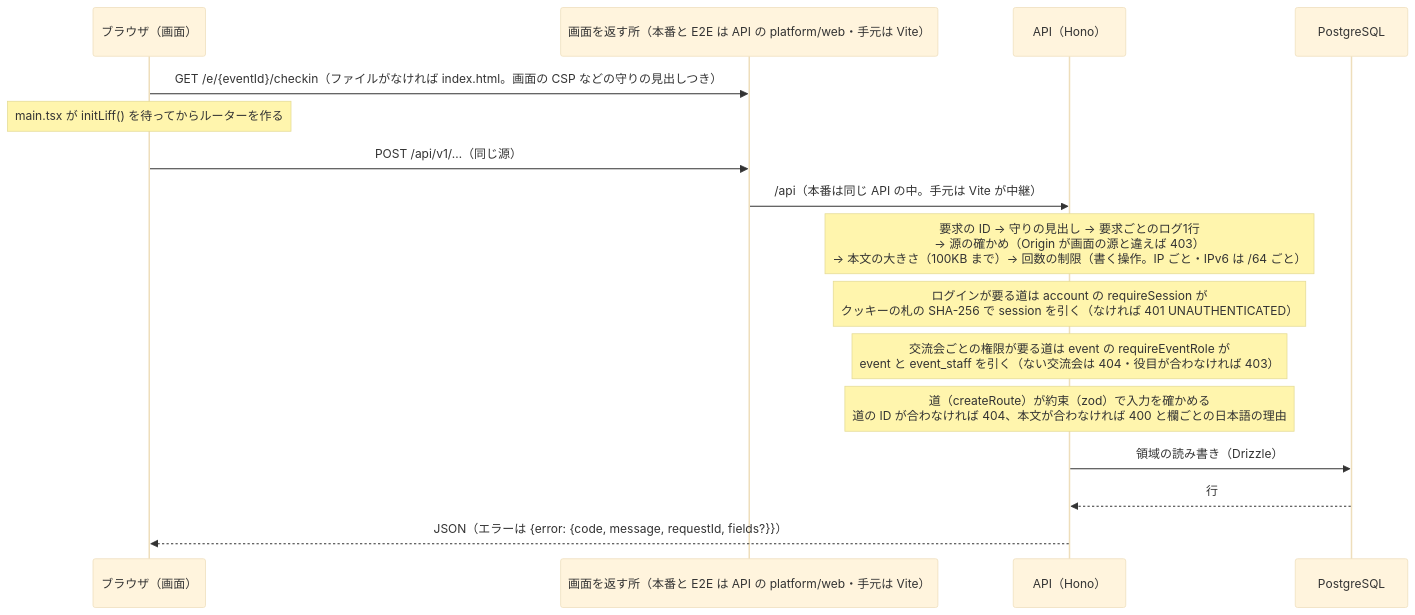
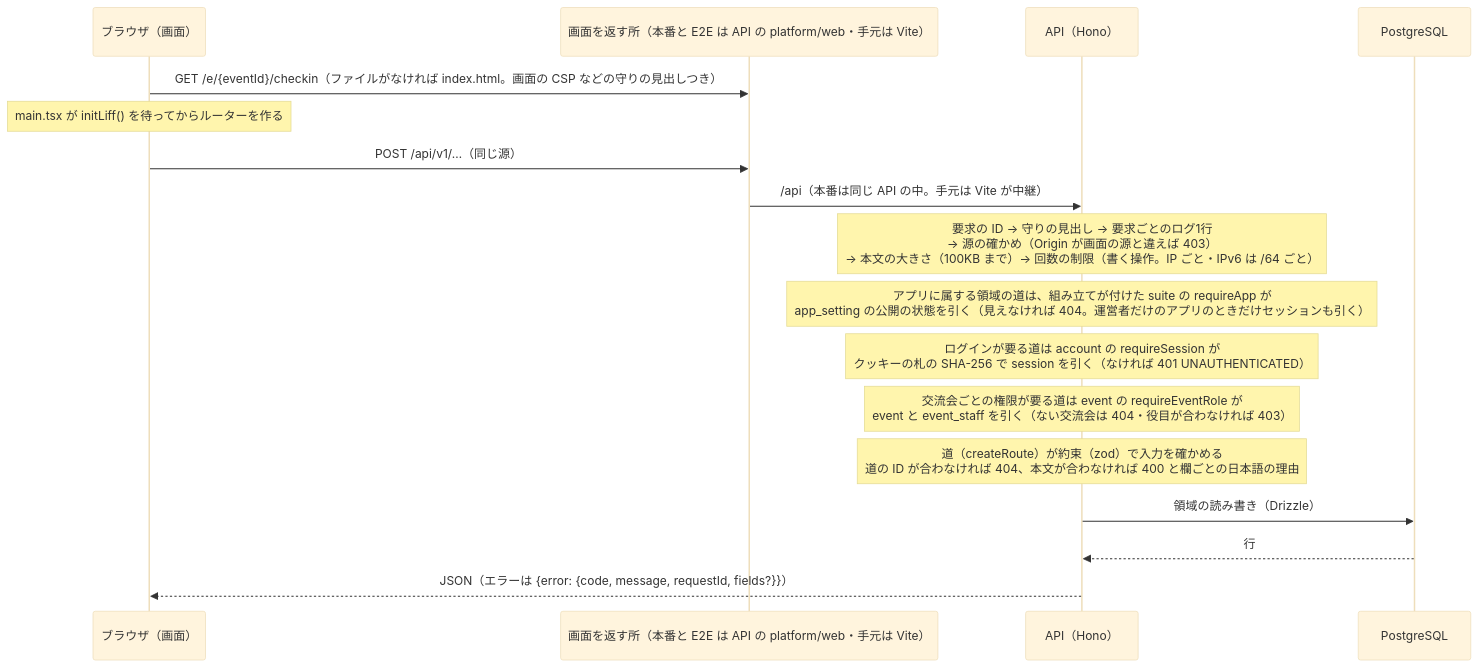
The third of 3 diagrams in docs/architecture.md (takumi-okuya-dev/kanaeru-apps), drawn with Mermaid (base theme) before and after one commit. The commit also changed other lines of this file and 83 other files, not shown here.

````diff
--- a/docs/architecture.md
+++ b/docs/architecture.md
@@ -105,18 +106,19 @@
 ```mermaid
 sequenceDiagram
   participant B as ブラウザ（画面）
   participant V as 画面を返す所（本番と E2E は API の platform/web・手元は Vite）
   participant A as API（Hono）
   participant D as PostgreSQL
   B->>V: GET /e/{eventId}/checkin（ファイルがなければ index.html。画面の CSP などの守りの見出しつき）
   Note over B: main.tsx が initLiff() を待ってからルーターを作る
   B->>V: POST /api/v1/…（同じ源）
   V->>A: /api（本番は同じ API の中。手元は Vite が中継）
   Note over A: 要求の ID → 守りの見出し → 要求ごとのログ1行<br/>→ 源の確かめ（Origin が画面の源と違えば 403）<br/>→ 本文の大きさ（100KB まで）→ 回数の制限（書く操作。IP ごと・IPv6 は /64 ごと）
+  Note over A: アプリに属する領域の道は、組み立てが付けた suite の requireApp が<br/>app_setting の公開の状態を引く（見えなければ 404。運営者だけのアプリのときだけセッションも引く）
   Note over A: ログインが要る道は account の requireSession が<br/>クッキーの札の SHA-256 で session を引く（なければ 401 UNAUTHENTICATED）
   Note over A: 交流会ごとの権限が要る道は event の requireEventRole が<br/>event と event_staff を引く（ない交流会は 404・役目が合わなければ 403）
   Note over A: 道（createRoute）が約束（zod）で入力を確かめる<br/>道の ID が合わなければ 404、本文が合わなければ 400 と欄ごとの日本語の理由
   A->>D: 領域の読み書き（Drizzle）
   D-->>A: 行
   A-->>B: JSON（エラーは {error: {code, message, requestId, fields?}}）
 ```
````
